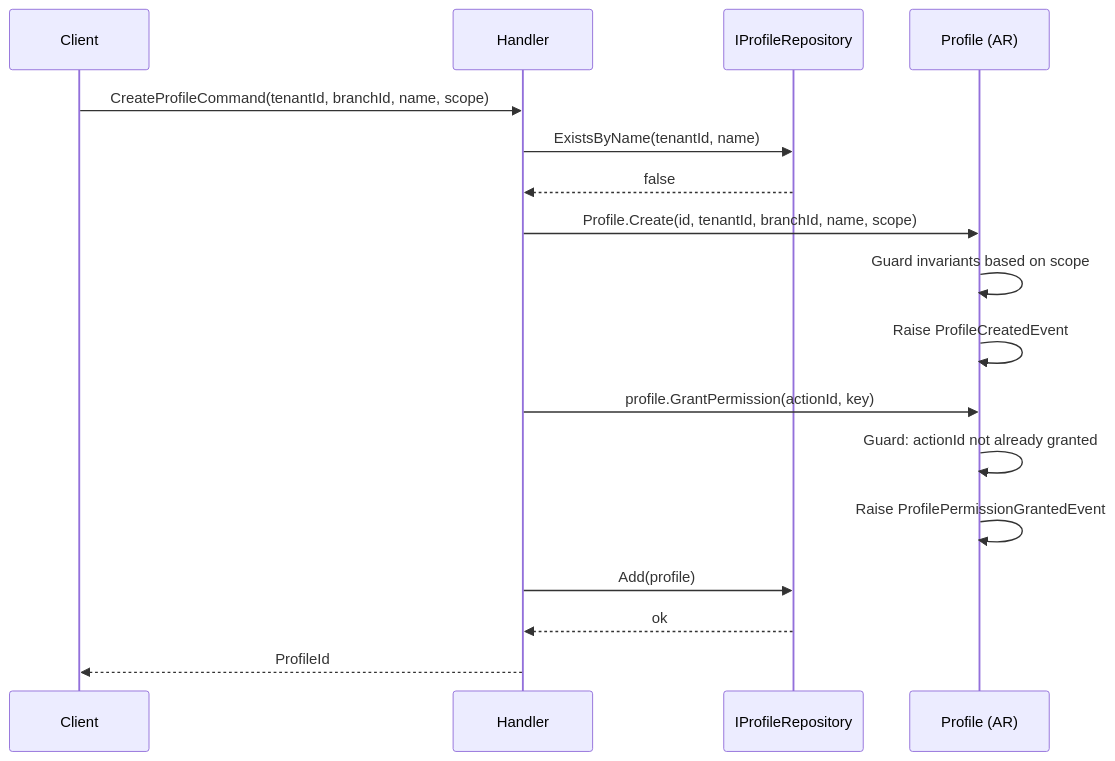
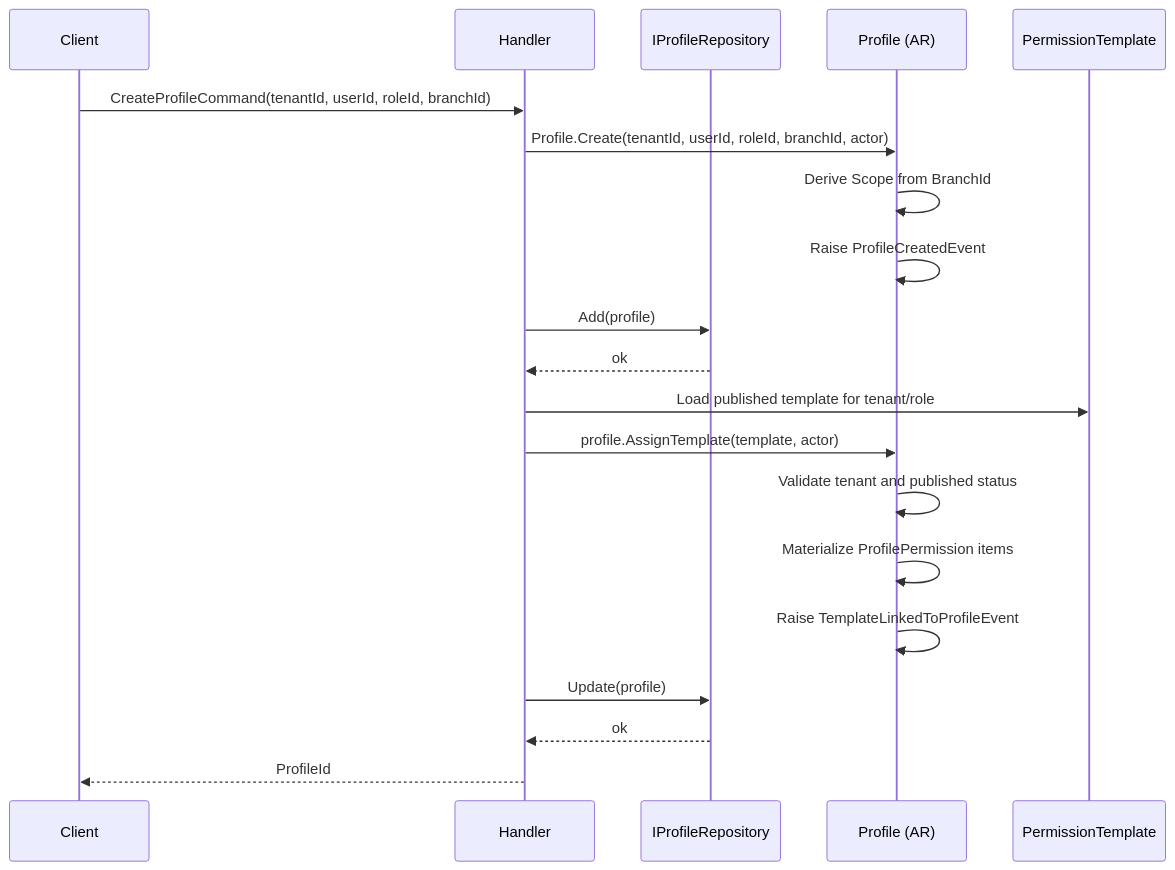
Before and after one commit to beyondnetcode/ums: the second of 4 diagrams in docs/domain/authorization/profile.md, drawn with Mermaid. The commit also changed other lines of this file and 19 other files, not shown here.

````diff
--- a/docs/domain/authorization/profile.md
+++ b/docs/domain/authorization/profile.md
@@ -112,20 +132,23 @@
 ```mermaid
 sequenceDiagram
     participant C as Client
     participant H as Handler
     participant R as IProfileRepository
     participant P as Profile (AR)
+    participant T as PermissionTemplate
 
-    C->>H: CreateProfileCommand(tenantId, branchId, name, scope)
-    H->>R: ExistsByName(tenantId, name)
-    R-->>H: false
-    H->>P: Profile.Create(id, tenantId, branchId, name, scope)
-    P->>P: Guard invariants based on scope
+    C->>H: CreateProfileCommand(tenantId, userId, roleId, branchId)
+    H->>P: Profile.Create(tenantId, userId, roleId, branchId, actor)
+    P->>P: Derive Scope from BranchId
     P->>P: Raise ProfileCreatedEvent
-    H->>P: profile.GrantPermission(actionId, key)
-    P->>P: Guard: actionId not already granted
-    P->>P: Raise ProfilePermissionGrantedEvent
     H->>R: Add(profile)
+    R-->>H: ok
+    H->>T: Load published template for tenant/role
+    H->>P: profile.AssignTemplate(template, actor)
+    P->>P: Validate tenant and published status
+    P->>P: Materialize ProfilePermission items
+    P->>P: Raise TemplateLinkedToProfileEvent
+    H->>R: Update(profile)
     R-->>H: ok
     H-->>C: ProfileId
 ```
````
